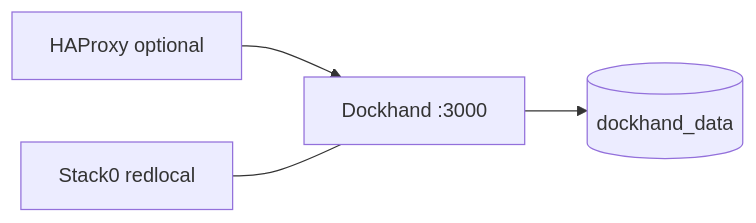
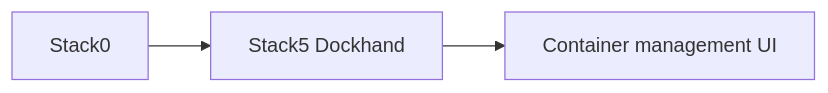
Before and after one commit to ea1het/local_hybrid_ai: the diagram in stack5_-_dockhand/README.md, drawn with Mermaid. The commit also changed other lines of this file and 46 other files, not shown here.

````diff
--- a/stack5_-_dockhand/README.md
+++ b/stack5_-_dockhand/README.md
@@ -5,6 +7,5 @@
 ```mermaid
 flowchart LR
-    H[HAProxy optional] --> D[Dockhand :3000]
-    D --> V[(dockhand_data)]
-    S0[Stack0 redlocal] --- D
+  S0[Stack0] --> S5[Stack5 Dockhand]
+  S5 --> D[Container management UI]
 ```
````
